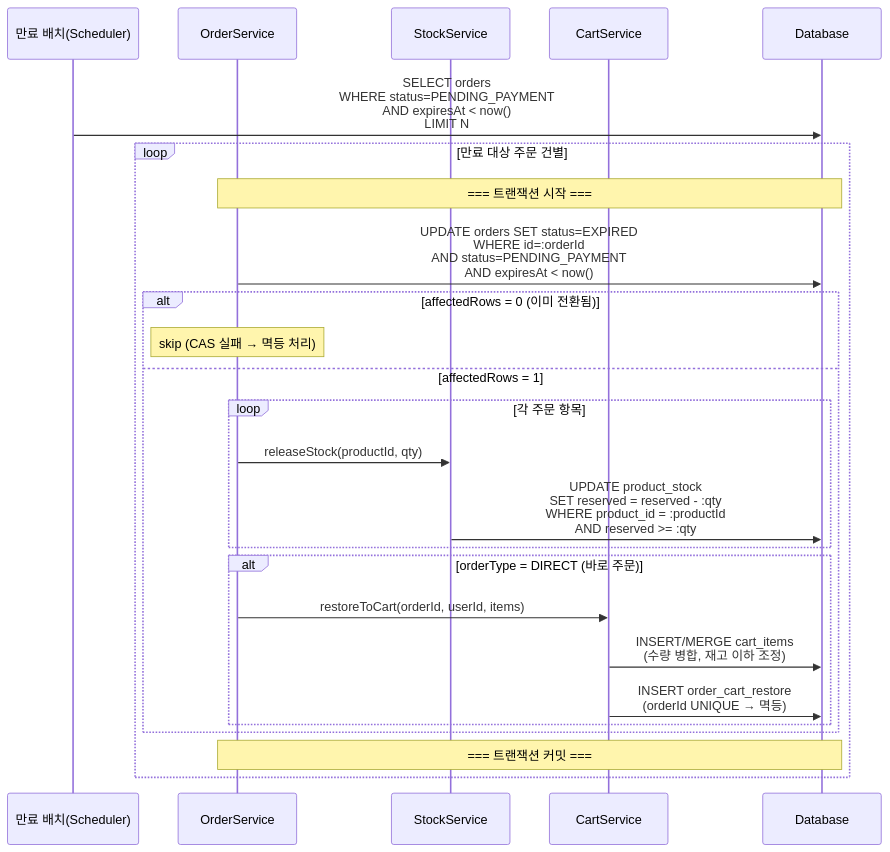
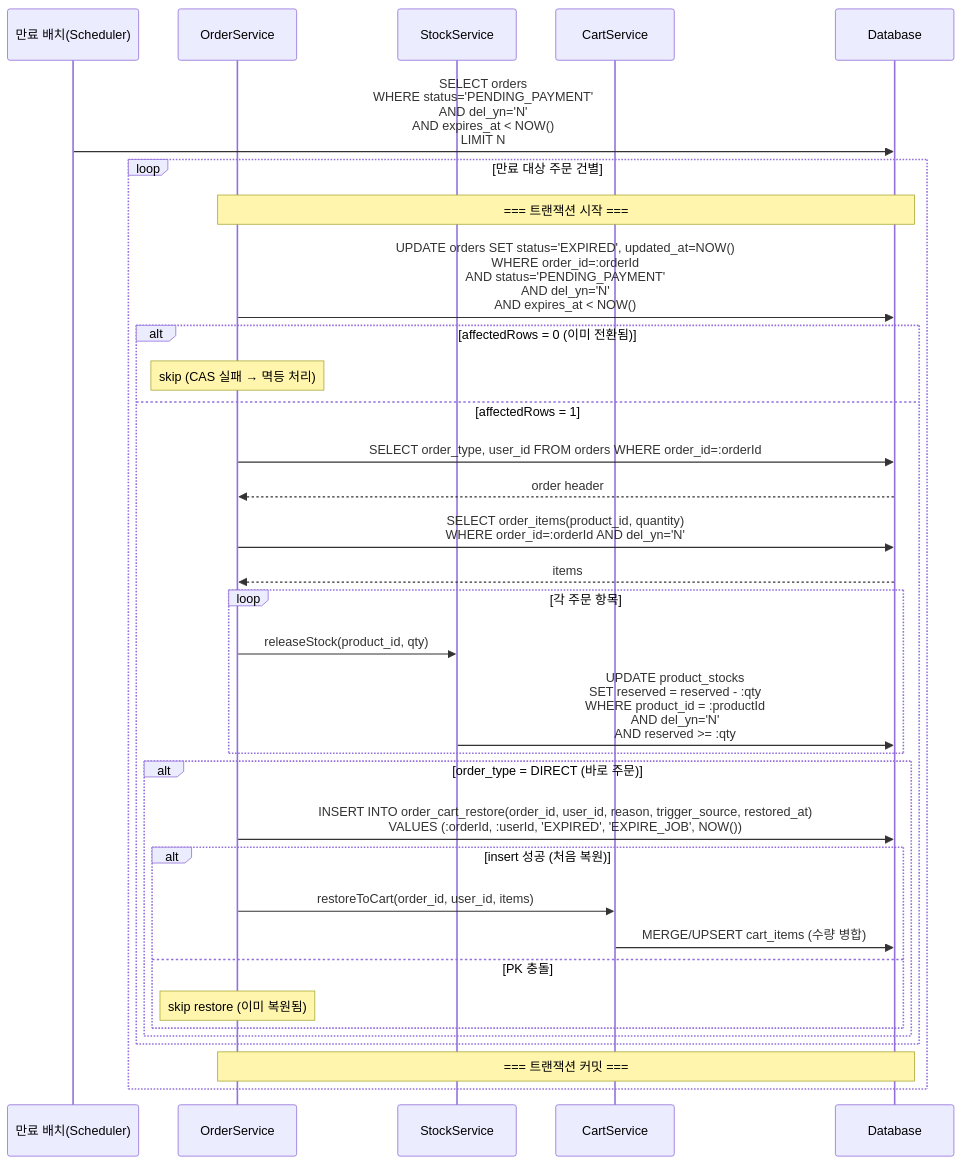
One commit to Loopers-dev-lab/loop-pack-be-l2-vol3-java changed the fifth of 7 diagrams in docs/design/02-sequencediagram.md. Above: the diagram before and after it, drawn with Mermaid. The commit also changed other lines of this file and 3 other files, not shown here.

````diff
--- a/docs/design/02-sequencediagram.md
+++ b/docs/design/02-sequencediagram.md
@@ -263,33 +280,42 @@
 ```mermaid
 sequenceDiagram
     participant SCH as 만료 배치(Scheduler)
     participant OS as OrderService
     participant SS as StockService
     participant CS as CartService
     participant DB as Database
 
-    SCH->>DB: SELECT orders<br/>WHERE status=PENDING_PAYMENT<br/>AND expiresAt < now()<br/>LIMIT N
+    SCH->>DB: SELECT orders<br/>WHERE status='PENDING_PAYMENT'<br/>AND del_yn='N'<br/>AND expires_at < NOW()<br/>LIMIT N
 
     loop 만료 대상 주문 건별
         Note over OS,DB: === 트랜잭션 시작 ===
 
-        OS->>DB: UPDATE orders SET status=EXPIRED<br/>WHERE id=:orderId<br/>AND status=PENDING_PAYMENT<br/>AND expiresAt < now()
+        OS->>DB: UPDATE orders SET status='EXPIRED', updated_at=NOW()<br/>WHERE order_id=:orderId<br/>AND status='PENDING_PAYMENT'<br/>AND del_yn='N'<br/>AND expires_at < NOW()
 
         alt affectedRows = 0 (이미 전환됨)
             Note over OS: skip (CAS 실패 → 멱등 처리)
         else affectedRows = 1
+            OS->>DB: SELECT order_type, user_id FROM orders WHERE order_id=:orderId
+            DB-->>OS: order header
+            OS->>DB: SELECT order_items(product_id, quantity)<br/>WHERE order_id=:orderId AND del_yn='N'
+            DB-->>OS: items
+
             loop 각 주문 항목
-                OS->>SS: releaseStock(productId, qty)
-                SS->>DB: UPDATE product_stock<br/>SET reserved = reserved - :qty<br/>WHERE product_id = :productId<br/>AND reserved >= :qty
+                OS->>SS: releaseStock(product_id, qty)
+                SS->>DB: UPDATE product_stocks<br/>SET reserved = reserved - :qty<br/>WHERE product_id = :productId<br/>AND del_yn='N'<br/>AND reserved >= :qty
             end
 
-            alt orderType = DIRECT (바로 주문)
-                OS->>CS: restoreToCart(orderId, userId, items)
-                CS->>DB: INSERT/MERGE cart_items<br/>(수량 병합, 재고 이하 조정)
-                CS->>DB: INSERT order_cart_restore<br/>(orderId UNIQUE → 멱등)
+            alt order_type = DIRECT (바로 주문)
+                OS->>DB: INSERT INTO order_cart_restore(order_id, user_id, reason, trigger_source, restored_at)<br/>VALUES (:orderId, :userId, 'EXPIRED', 'EXPIRE_JOB', NOW())
+                alt insert 성공 (처음 복원)
+                    OS->>CS: restoreToCart(order_id, user_id, items)
+                    CS->>DB: MERGE/UPSERT cart_items (수량 병합)
+                else PK 충돌
+                    Note over OS: skip restore (이미 복원됨)
+                end
             end
         end
 
         Note over OS,DB: === 트랜잭션 커밋 ===
     end
 ```
````
